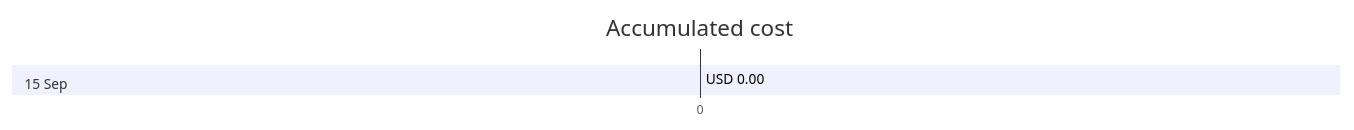
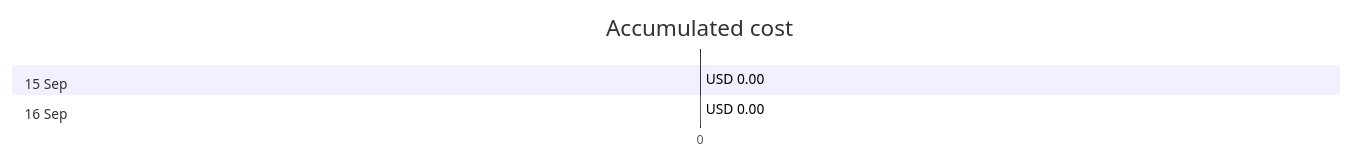
The first of 4 diagrams in cost-reports/personal-network/ubuntu-backup-server-spot_OsDisk_snapshot_20030915.md (jpfulton/azure-personal-reports), drawn with Mermaid before and after one commit. The commit also changed other lines of this file and 16 other files, not shown here.

````diff
--- a/cost-reports/personal-network/ubuntu-backup-server-spot_OsDisk_snapshot_20030915.md
+++ b/cost-reports/personal-network/ubuntu-backup-server-spot_OsDisk_snapshot_20030915.md
@@ -20,8 +20,10 @@
 ```mermaid
 gantt
    title Accumulated cost
    dateFormat  X
    axisFormat %s
    section 15 Sep
    USD 0.00 :0, 0
+   section 16 Sep
+   USD 0.00 :0, 0
 ```
````
